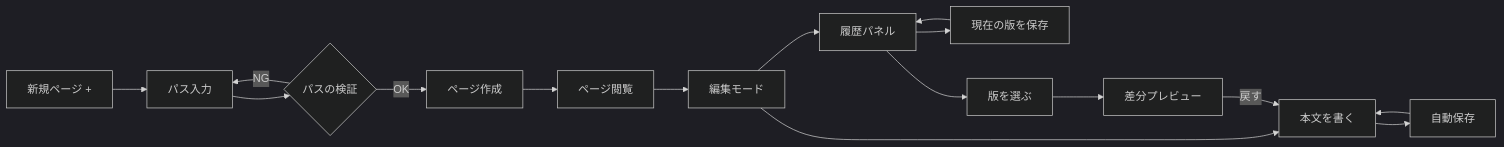
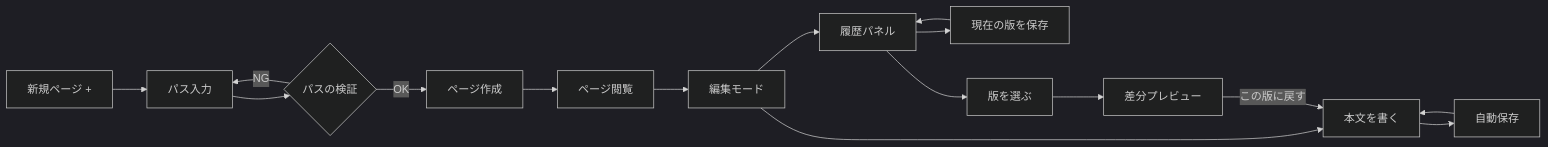
One commit to Zli-UoA/zeee changed the second of 4 diagrams in docs/ia/01-user-operations.md. Above: the diagram before and after it, drawn with Mermaid (dark theme). The commit also changed other lines of this file and 4 other files, not shown here.

````diff
--- a/docs/ia/01-user-operations.md
+++ b/docs/ia/01-user-operations.md
@@ -65,18 +68,18 @@
 ```mermaid
 flowchart LR
   A[新規ページ +] --> B[パス入力]
   B --> C{パスの検証}
   C -->|OK| D[ページ作成]
   C -->|NG| B
   D --> E[ページ閲覧]
   E --> F[編集モード]
   F --> G[本文を書く]
   G --> H[自動保存]
   F --> I[履歴パネル]
   I --> J[現在の版を保存]
   J --> I
   H --> G
   I --> K[版を選ぶ]
   K --> L[差分プレビュー]
-  L -->|戻す| G
+  L -->|この版に戻す| G
 ```
````
